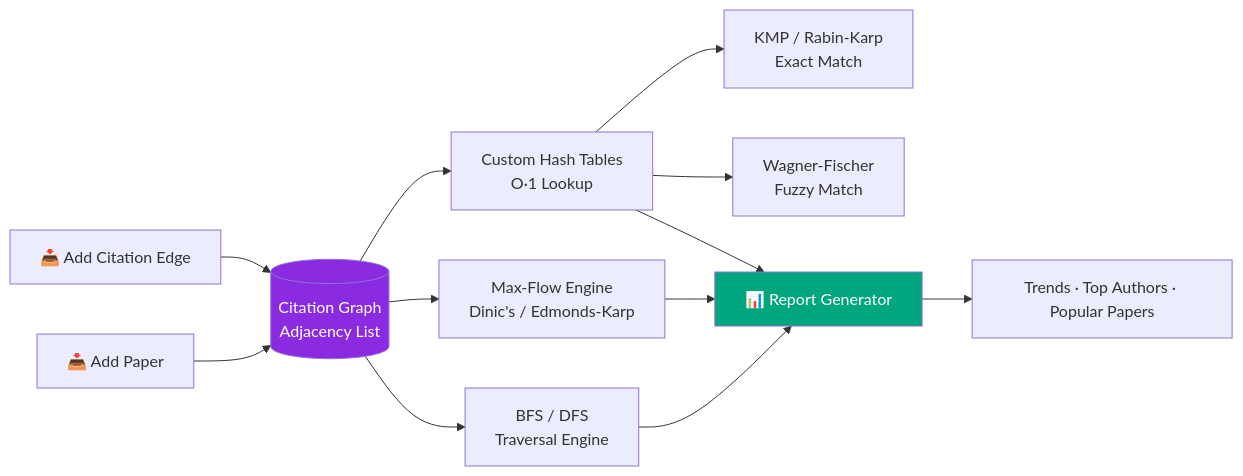
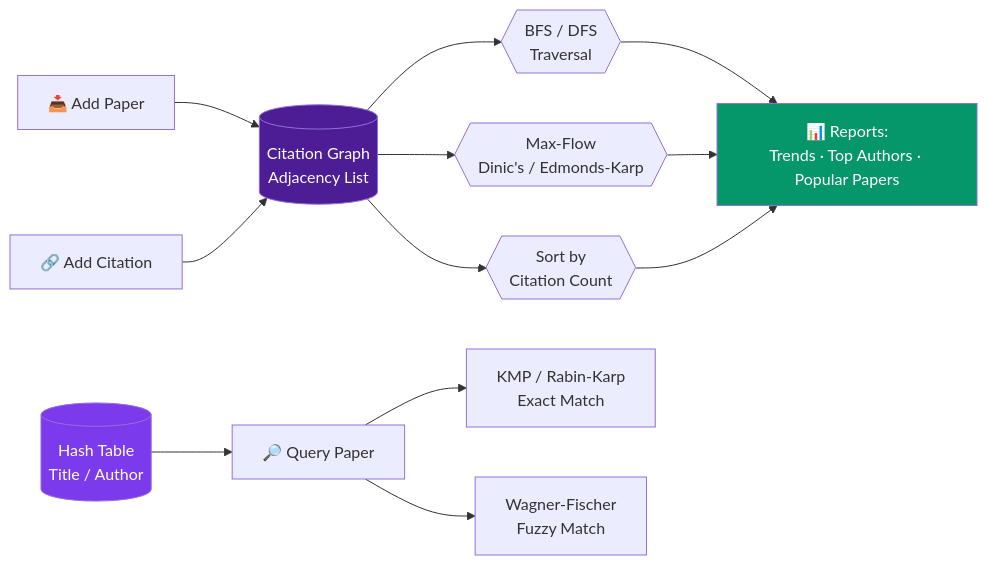
The first of 2 diagrams in README.md (venkataramavinaybandla-crypto/DSA-3_Projects), drawn with Mermaid before and after one commit. The commit also changed other lines of this file, not shown here.

````diff
--- a/README.md
+++ b/README.md
@@ -73,17 +73,18 @@
 ```mermaid
 flowchart LR
     A[📥 Add Paper] --> G[(Citation Graph<br/>Adjacency List)]
-    B[📥 Add Citation Edge] --> G
-    G --> C[BFS / DFS<br/>Traversal Engine]
-    G --> D[Max-Flow Engine<br/>Dinic's / Edmonds-Karp]
-    G --> E[Custom Hash Tables<br/>O·1 Lookup]
-    E --> F[KMP / Rabin-Karp<br/>Exact Match]
-    E --> H[Wagner-Fischer<br/>Fuzzy Match]
-    C --> R[📊 Report Generator]
-    D --> R
-    E --> R
-    R --> O[Trends · Top Authors · Popular Papers]
+    C[🔗 Add Citation] --> G
+    G --> B{{BFS / DFS<br/>Traversal}}
+    G --> F{{Max-Flow<br/>Dinic's / Edmonds-Karp}}
+    G --> S{{Sort by<br/>Citation Count}}
+    H[(Hash Table<br/>Title / Author)] --> Q[🔎 Query Paper]
+    Q --> KMP[KMP / Rabin-Karp<br/>Exact Match]
+    Q --> WF[Wagner-Fischer<br/>Fuzzy Match]
+    B --> R[📊 Reports:<br/>Trends · Top Authors · Popular Papers]
+    F --> R
+    S --> R
 
-    style G fill:#8A2BE2,color:#fff
-    style R fill:#00A67E,color:#fff
+    style G fill:#4c1d95,color:#fff
+    style H fill:#7c3aed,color:#fff
+    style R fill:#059669,color:#fff
 ```
````
